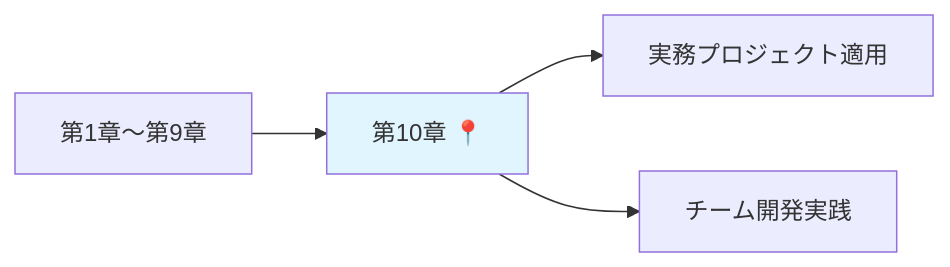
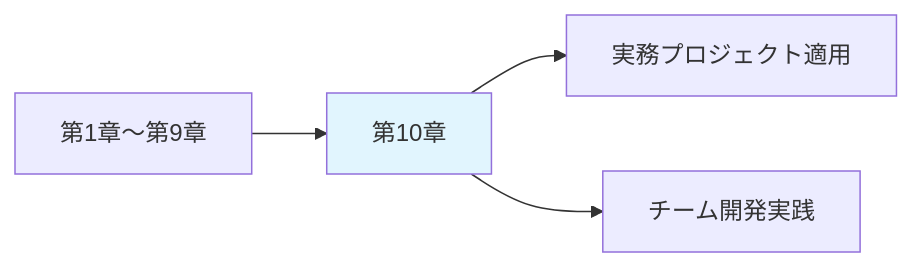
One commit to itdojp/supabase-architecture-patterns-book changed the diagram in docs/chapters/chapter10/index.md. Above: the diagram before and after it, drawn with Mermaid. The commit also changed other lines of this file and 49 other files, not shown here.

````diff
--- a/docs/chapters/chapter10/index.md
+++ b/docs/chapters/chapter10/index.md
@@ -1846,8 +1846,8 @@
 ```mermaid
 flowchart LR
-    A[第1章〜第9章] --> B[第10章 📍]
+    A[第1章〜第9章] --> B[第10章 ]
     B --> C[実務プロジェクト適用]
     B --> D[チーム開発実践]
     
     style B fill:#e1f5fe
 ```
````
